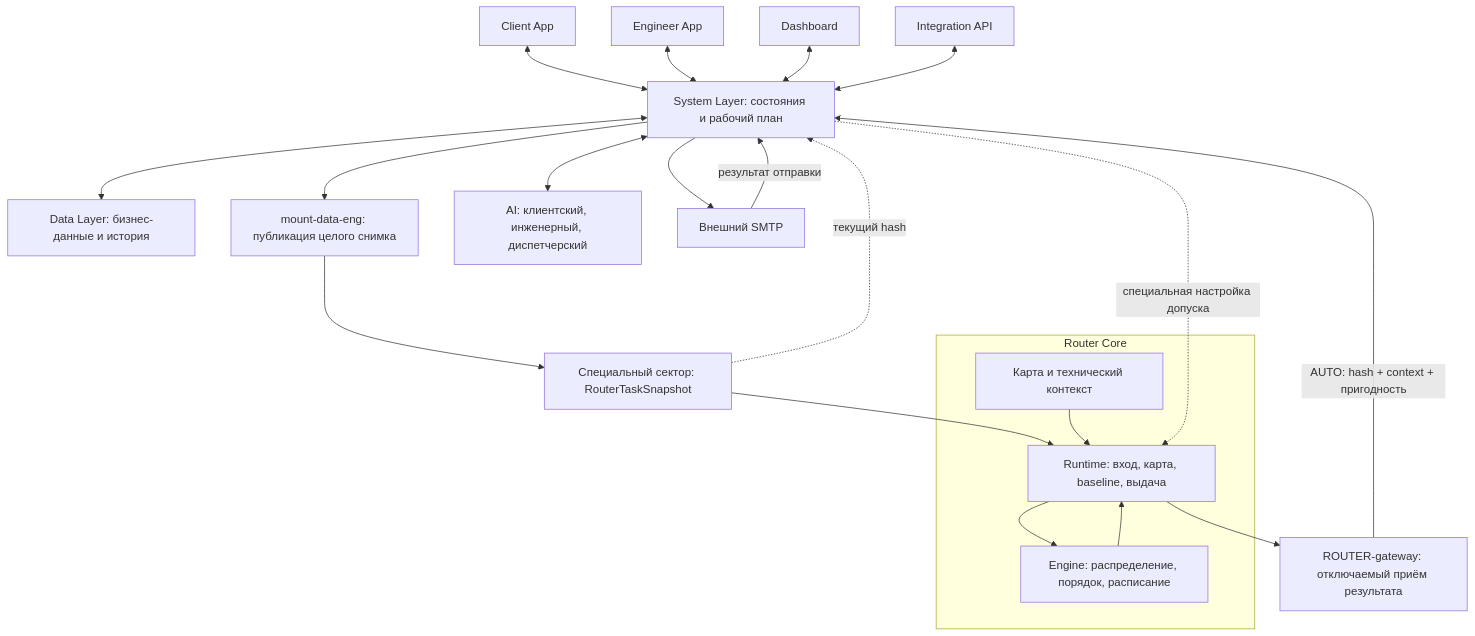
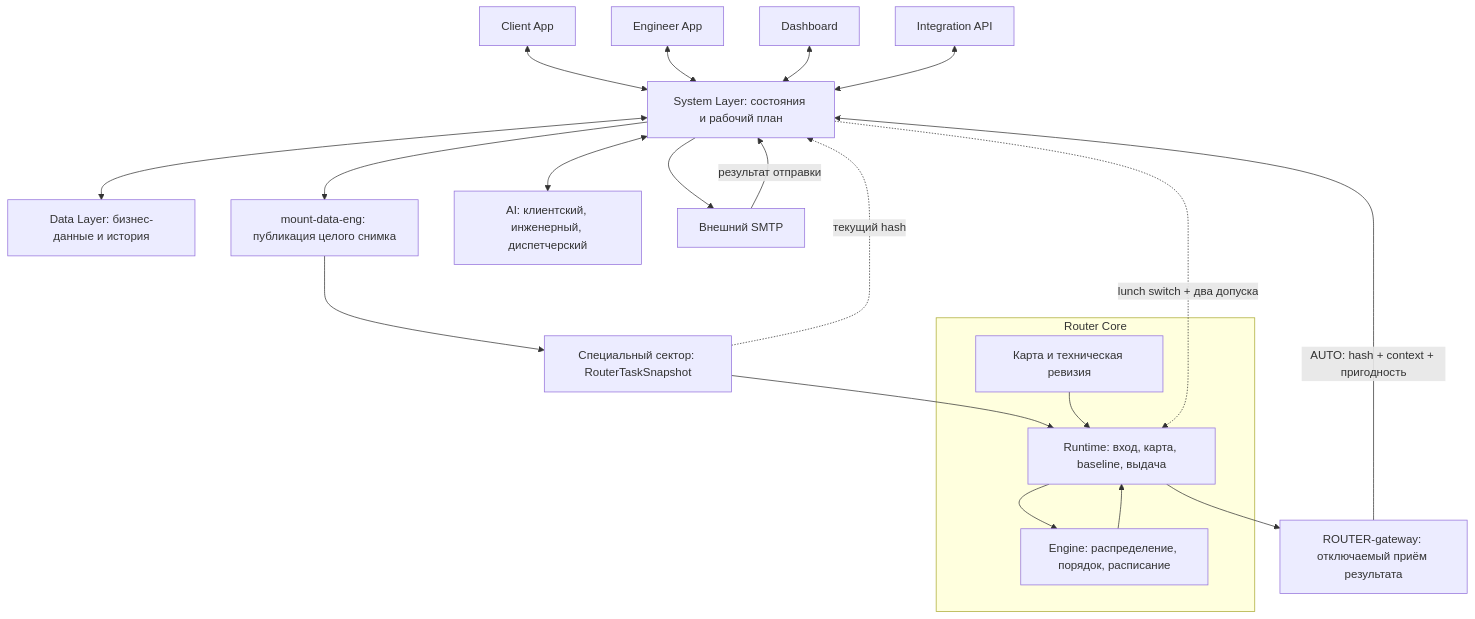
One commit to mgg789/LCT_smart_router changed the diagram in context/32-system_concept_v14.md. Above: the diagram before and after it, drawn with Mermaid. The commit also changed other lines of this file and 33 other files, not shown here.

````diff
--- a/context/32-system_concept_v14.md
+++ b/context/32-system_concept_v14.md
@@ -75,27 +75,27 @@
 ```mermaid
 flowchart TD
     C[Client App] <--> S
     E[Engineer App] <--> S
     D[Dashboard] <--> S
     A[Integration API] <--> S
     S[System Layer: состояния и рабочий план]
     S <--> DB[Data Layer: бизнес-данные и история]
     S --> M[mount-data-eng: публикация целого снимка]
     M --> I[Специальный сектор: RouterTaskSnapshot]
     I --> RT
     I -. текущий hash .-> S
     subgraph R[Router Core]
       RT[Runtime: вход, карта, baseline, выдача]
       EN[Engine: распределение, порядок, расписание]
-      MAP[Карта и технический контекст]
+      MAP[Карта и техническая ревизия]
       MAP --> RT
       RT --> EN
       EN --> RT
     end
     RT --> G[ROUTER-gateway: отключаемый приём результата]
     G -->|AUTO: hash + context + пригодность| S
-    S -. специальная настройка допуска .-> RT
+    S -. lunch switch + два допуска .-> RT
     S <--> AI[AI: клиентский, инженерный, диспетчерский]
     S --> MAIL[Внешний SMTP]
     MAIL -->|результат отправки| S
 ```
````
